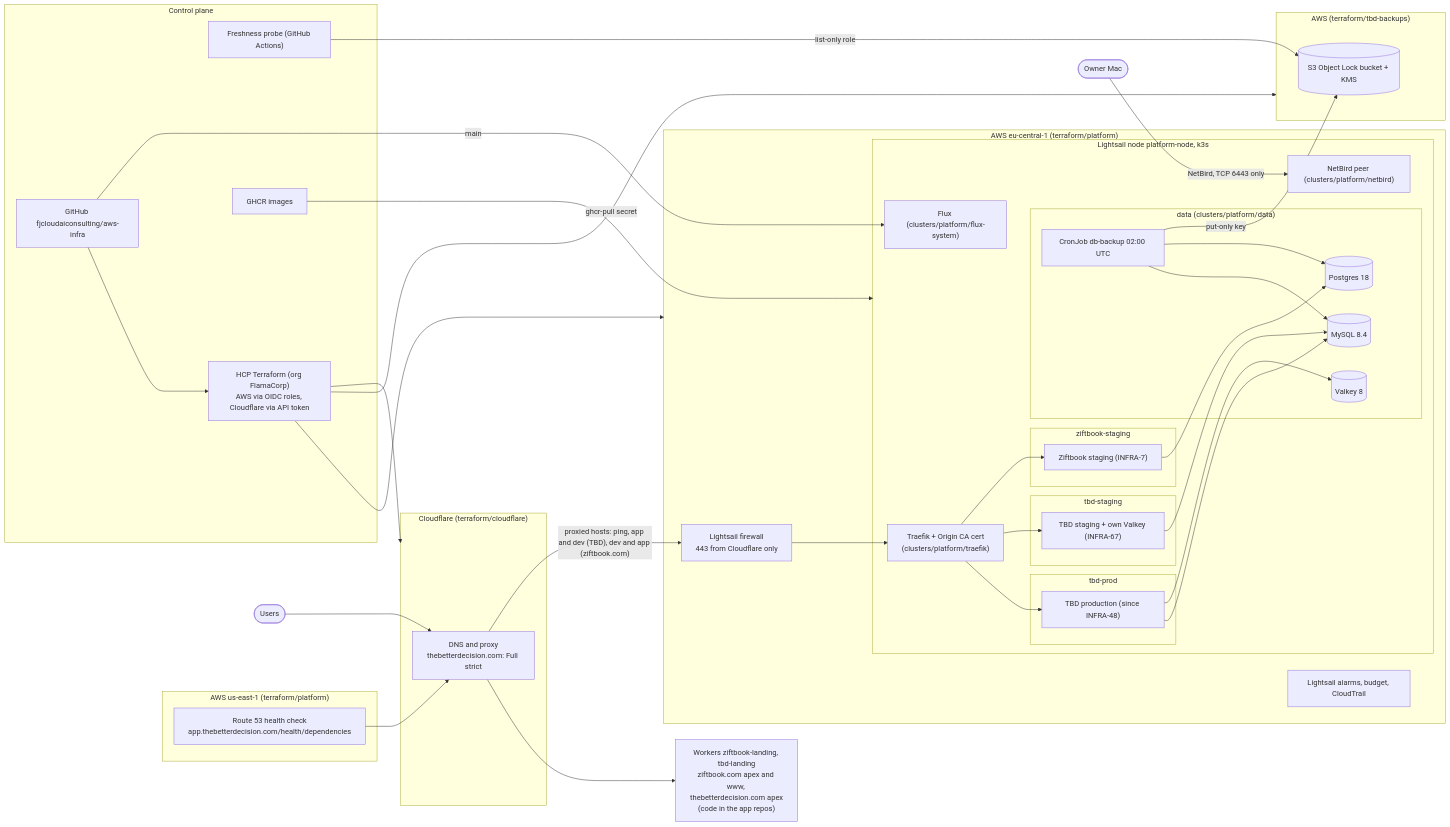
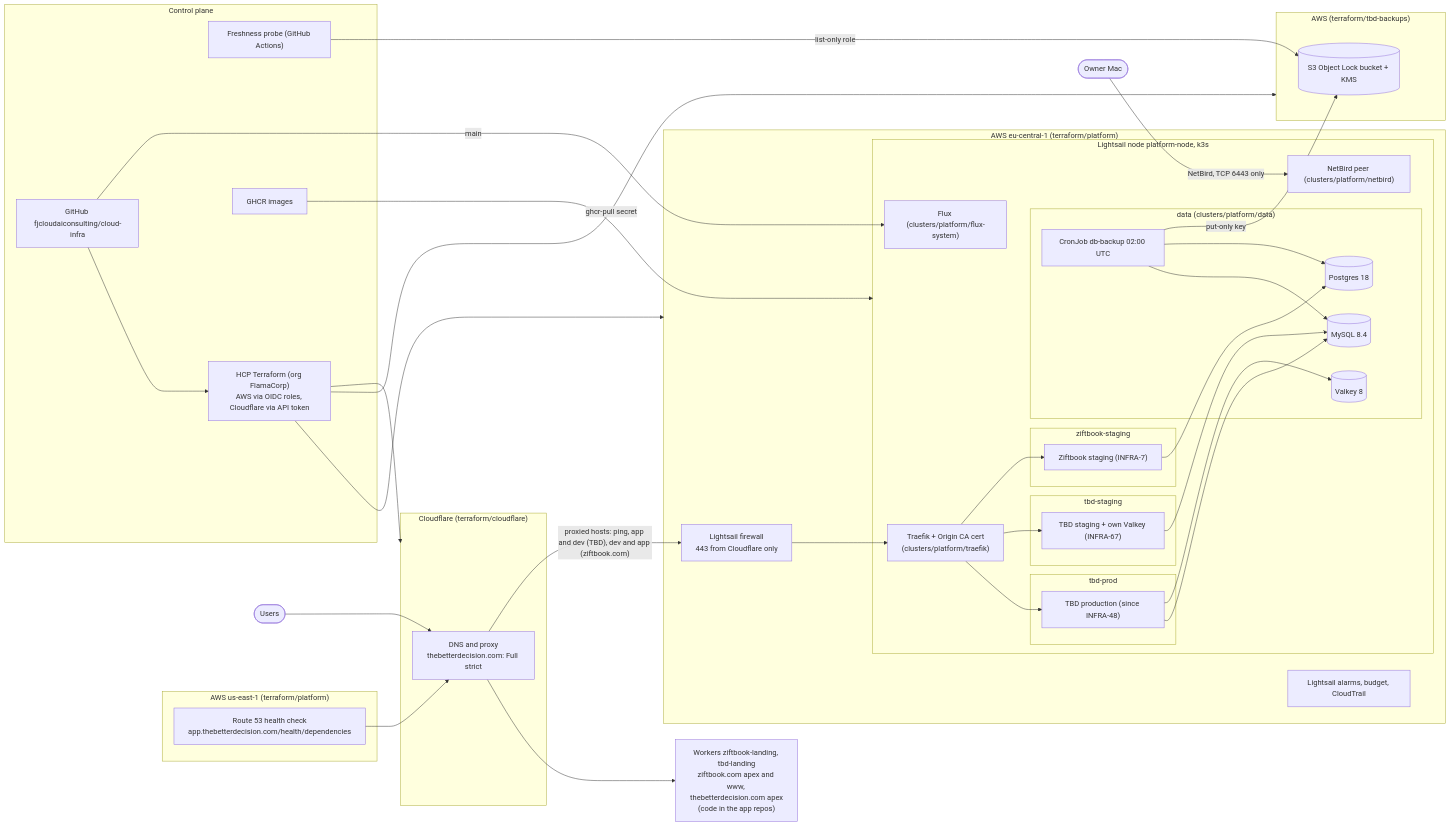
The diagram in docs/architecture.md (fjcloudaiconsulting/aws-infra), drawn with Mermaid before and after one commit. The commit also changed 13 other files, not shown here.

First line of the commit message:
chore: point aws-infra references at cloud-infra (INFRA-168) (#171)

````diff
--- a/docs/architecture.md
+++ b/docs/architecture.md
@@ -7,63 +7,63 @@
 ```mermaid
 flowchart LR
   user([Users]) --> cf
 
   subgraph cloudflare["Cloudflare (terraform/cloudflare)"]
     cf["DNS and proxy<br/>thebetterdecision.com: Full strict"]
   end
   worker["Workers ziftbook-landing, tbd-landing<br/>ziftbook.com apex and www, thebetterdecision.com apex<br/>(code in the app repos)"]
   cf --> worker
 
   subgraph aws_platform["AWS eu-central-1 (terraform/platform)"]
     fw["Lightsail firewall<br/>443 from Cloudflare only"]
     subgraph node["Lightsail node platform-node, k3s"]
       traefik["Traefik + Origin CA cert<br/>(clusters/platform/traefik)"]
       subgraph ns_tbd["tbd-prod"]
         tbdapp["TBD production (since INFRA-48)"]
       end
       subgraph ns_tbds["tbd-staging"]
         tbdstg["TBD staging + own Valkey (INFRA-67)"]
       end
       subgraph ns_zif["ziftbook-staging"]
         zifapp["Ziftbook staging (INFRA-7)"]
       end
       subgraph ns_data["data (clusters/platform/data)"]
         mysql[("MySQL 8.4")]
         postgres[("Postgres 18")]
         valkey[("Valkey 8")]
         backup["CronJob db-backup 02:00 UTC"]
       end
       flux["Flux (clusters/platform/flux-system)"]
       netbird["NetBird peer (clusters/platform/netbird)"]
     end
     alarms["Lightsail alarms, budget, CloudTrail"]
   end
   cf -->|"proxied hosts: ping, app and dev (TBD), dev and app (ziftbook.com)"| fw --> traefik
   traefik --> tbdapp & tbdstg & zifapp
   tbdapp --> mysql & valkey
   tbdstg --> mysql
   zifapp --> postgres
   backup --> mysql & postgres
 
   subgraph aws_backups["AWS (terraform/tbd-backups)"]
     bucket[("S3 Object Lock bucket + KMS")]
   end
   backup -->|"put-only key"| bucket
   probe -->|"list-only role"| bucket
 
   subgraph useast["AWS us-east-1 (terraform/platform)"]
     hc["Route 53 health check<br/>app.thebetterdecision.com/health/dependencies"]
   end
   hc --> cf
 
   subgraph control["Control plane"]
-    gh["GitHub fjcloudaiconsulting/aws-infra"]
+    gh["GitHub fjcloudaiconsulting/cloud-infra"]
     tfc["HCP Terraform (org FlamaCorp)<br/>AWS via OIDC roles, Cloudflare via API token"]
     ghcr["GHCR images"]
     probe["Freshness probe (GitHub Actions)"]
   end
   gh --> tfc --> aws_platform & aws_backups & cloudflare
   gh -->|"main"| flux
   ghcr -->|"ghcr-pull secret"| node
   owner([Owner Mac]) -->|"NetBird, TCP 6443 only"| netbird
 ```
````
